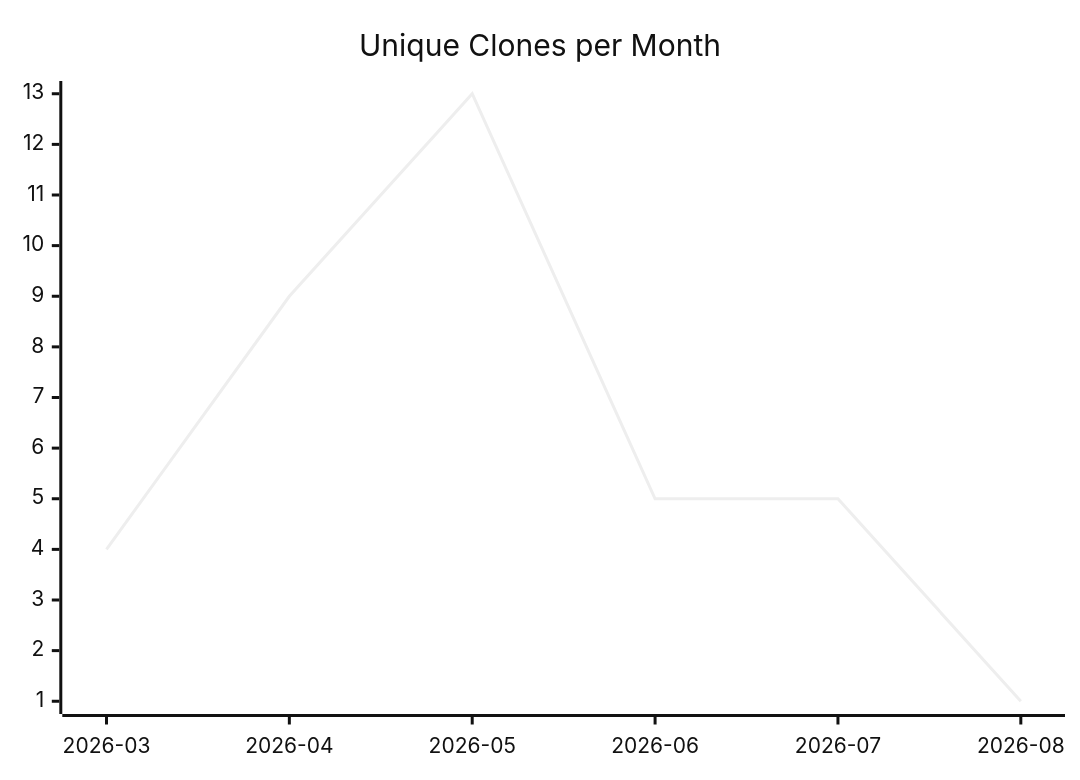
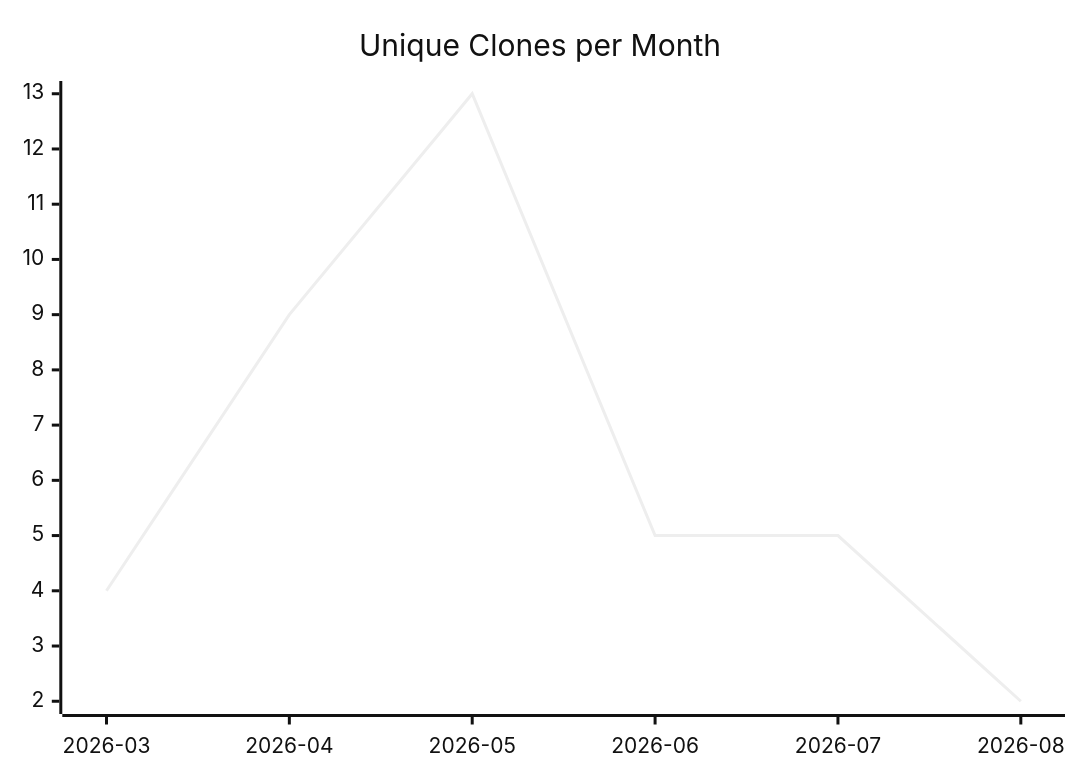
Before and after one commit to justdavis-family/github-analytics-data: the third of 3 diagrams in karlmdavis/justdavis-puppet/README.md, drawn with Mermaid (neutral theme). The commit also changed other lines of this file and 176 other files, not shown here.

````diff
--- a/karlmdavis/justdavis-puppet/README.md
+++ b/karlmdavis/justdavis-puppet/README.md
@@ -19,6 +19,6 @@
 ```mermaid
 xychart-beta
   title "Unique Clones per Month"
   x-axis ["2026-03", "2026-04", "2026-05", "2026-06", "2026-07", "2026-08"]
-  line [4, 9, 13, 5, 5, 1]
+  line [4, 9, 13, 5, 5, 2]
 ```
````
